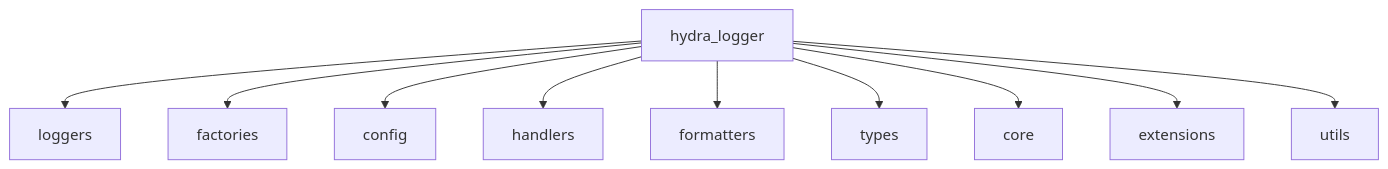
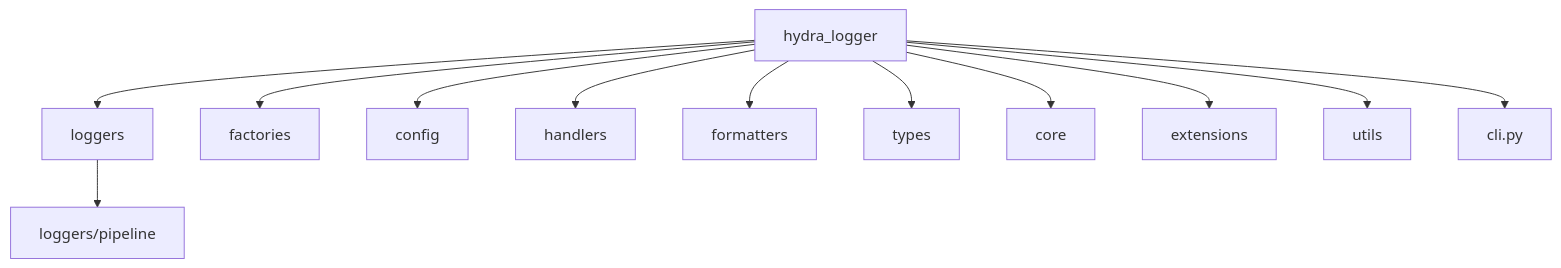
The first of 2 diagrams in docs/ARCHITECTURE.md (SavinRazvan/hydra-logger), drawn with Mermaid before and after one commit. The commit also changed other lines of this file and 53 other files, not shown here.

First line of the commit message:
docs(readme,modules): sharpen public docs and onboarding flow

````diff
--- a/docs/ARCHITECTURE.md
+++ b/docs/ARCHITECTURE.md
@@ -27,12 +29,14 @@
 ```mermaid
 graph TD
   rootPkg[hydra_logger] --> loggersPkg[loggers]
   rootPkg --> factoriesPkg[factories]
   rootPkg --> configPkg[config]
   rootPkg --> handlersPkg[handlers]
   rootPkg --> formattersPkg[formatters]
   rootPkg --> typesPkg[types]
   rootPkg --> corePkg[core]
   rootPkg --> extensionsPkg[extensions]
   rootPkg --> utilsPkg[utils]
+  rootPkg --> cliMod[cli.py]
+  loggersPkg --> pipelinePkg[loggers/pipeline]
 ```
````
